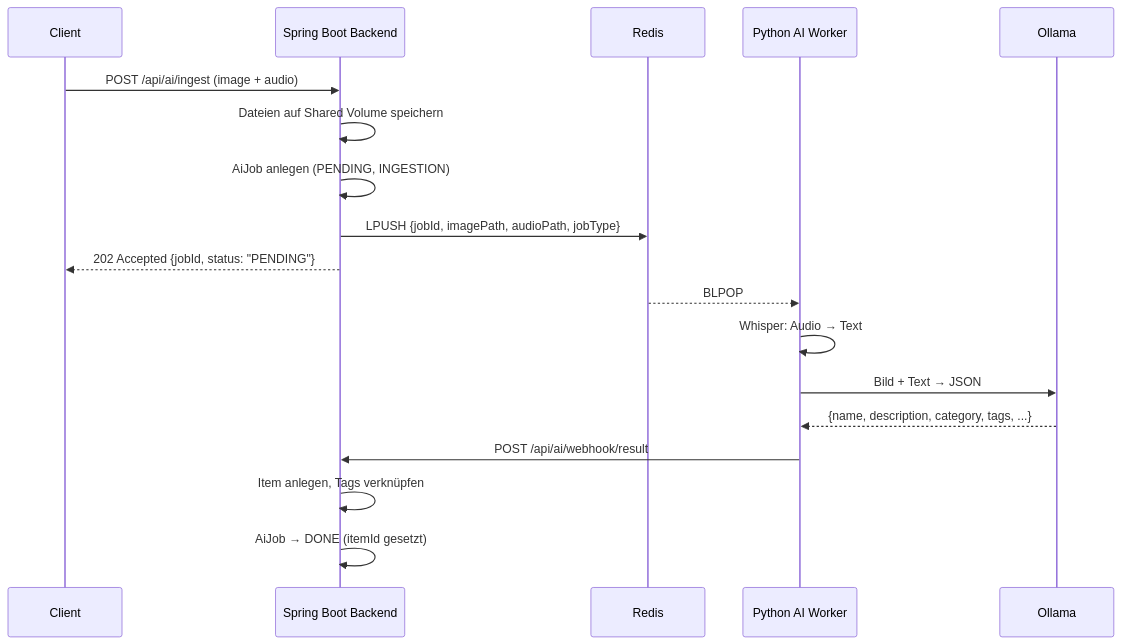
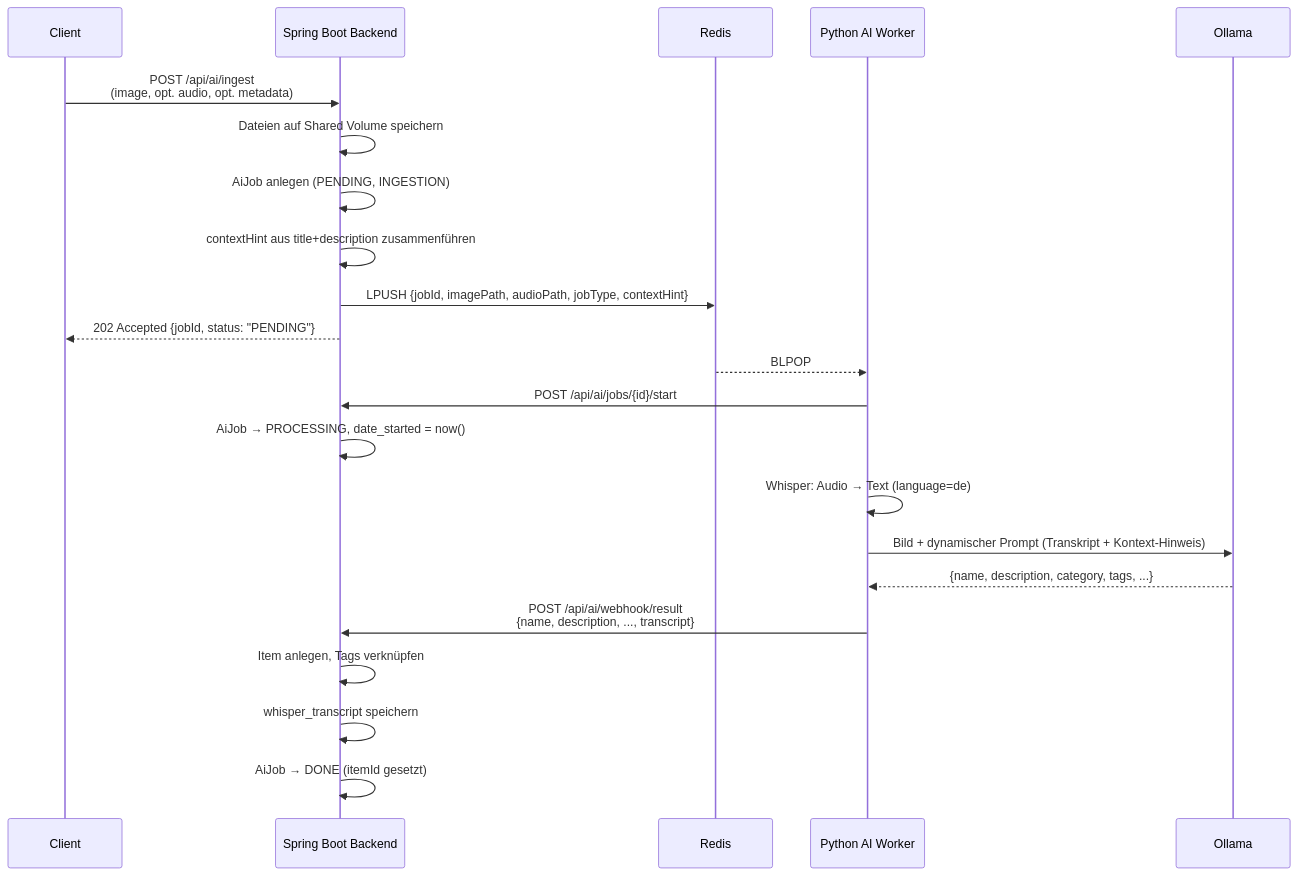
Before and after one commit to a-i-ks/kistogramm: the second of 3 diagrams in README.md, drawn with Mermaid. The commit also changed other lines of this file and 16 other files, not shown here.

First line of the commit message:
feat: AI job context pipeline, monitor dashboard and debug tooling

````diff
--- a/README.md
+++ b/README.md
@@ -270,22 +312,26 @@
 ```mermaid
 sequenceDiagram
     participant Client
     participant Backend as Spring Boot Backend
     participant Redis
     participant Worker as Python AI Worker
     participant Ollama
 
-    Client->>Backend: POST /api/ai/ingest (image + audio)
+    Client->>Backend: POST /api/ai/ingest<br/>(image, opt. audio, opt. metadata)
     Backend->>Backend: Dateien auf Shared Volume speichern
     Backend->>Backend: AiJob anlegen (PENDING, INGESTION)
-    Backend->>Redis: LPUSH {jobId, imagePath, audioPath, jobType}
+    Backend->>Backend: contextHint aus title+description zusammenführen
+    Backend->>Redis: LPUSH {jobId, imagePath, audioPath, jobType, contextHint}
     Backend-->>Client: 202 Accepted {jobId, status: "PENDING"}
 
     Redis-->>Worker: BLPOP
-    Worker->>Worker: Whisper: Audio → Text
-    Worker->>Ollama: Bild + Text → JSON
+    Worker->>Backend: POST /api/ai/jobs/{id}/start
+    Backend->>Backend: AiJob → PROCESSING, date_started = now()
+    Worker->>Worker: Whisper: Audio → Text (language=de)
+    Worker->>Ollama: Bild + dynamischer Prompt (Transkript + Kontext-Hinweis)
     Ollama-->>Worker: {name, description, category, tags, ...}
-    Worker->>Backend: POST /api/ai/webhook/result
+    Worker->>Backend: POST /api/ai/webhook/result<br/>{name, description, ..., transcript}
     Backend->>Backend: Item anlegen, Tags verknüpfen
+    Backend->>Backend: whisper_transcript speichern
     Backend->>Backend: AiJob → DONE (itemId gesetzt)
 ```
````
